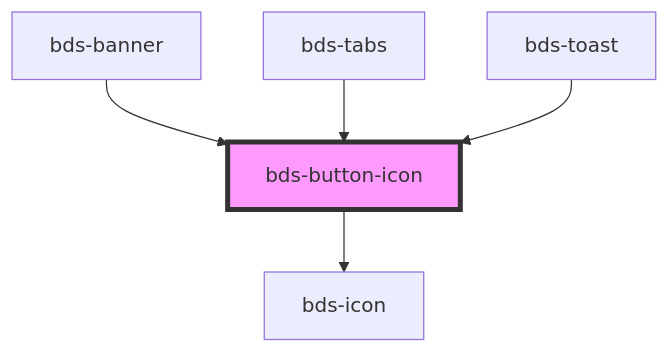
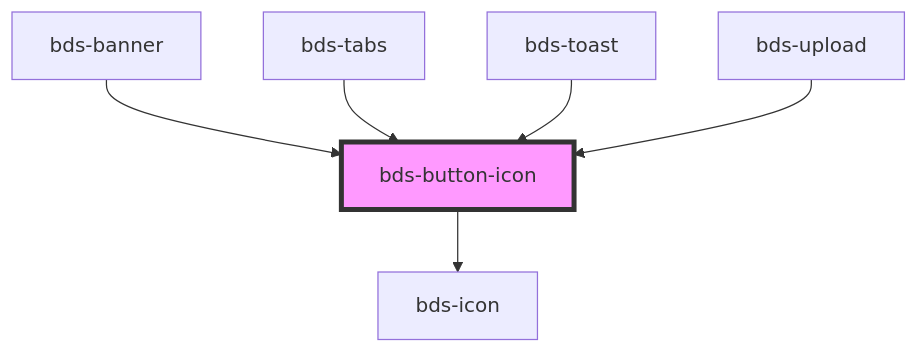
The diagram in src/components/icon-button/readme.md (takenet/blip-ds), drawn with Mermaid before and after one commit. The commit also changed other lines of this file and 7 other files, not shown here.

````diff
--- a/src/components/icon-button/readme.md
+++ b/src/components/icon-button/readme.md
@@ -31,8 +32,9 @@
 ```mermaid
 graph TD;
   bds-button-icon --> bds-icon
   bds-banner --> bds-button-icon
   bds-tabs --> bds-button-icon
   bds-toast --> bds-button-icon
+  bds-upload --> bds-button-icon
   style bds-button-icon fill:#f9f,stroke:#333,stroke-width:4px
 ```
````
